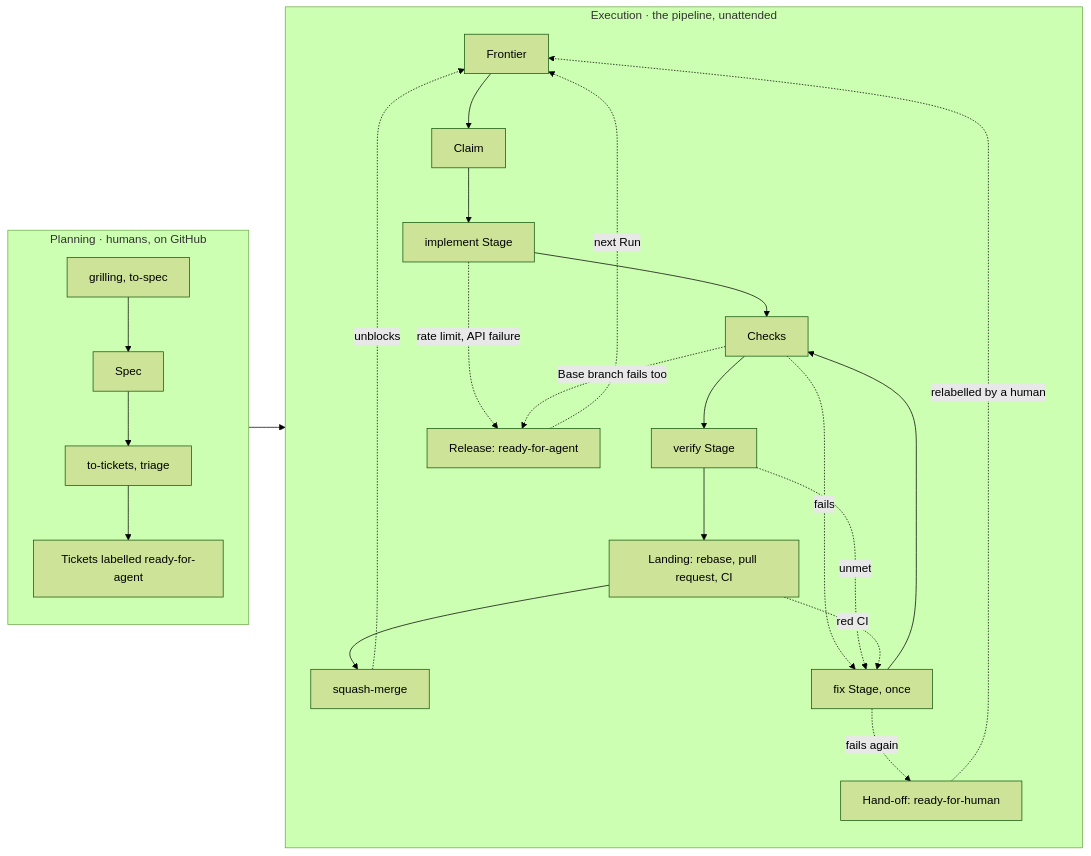
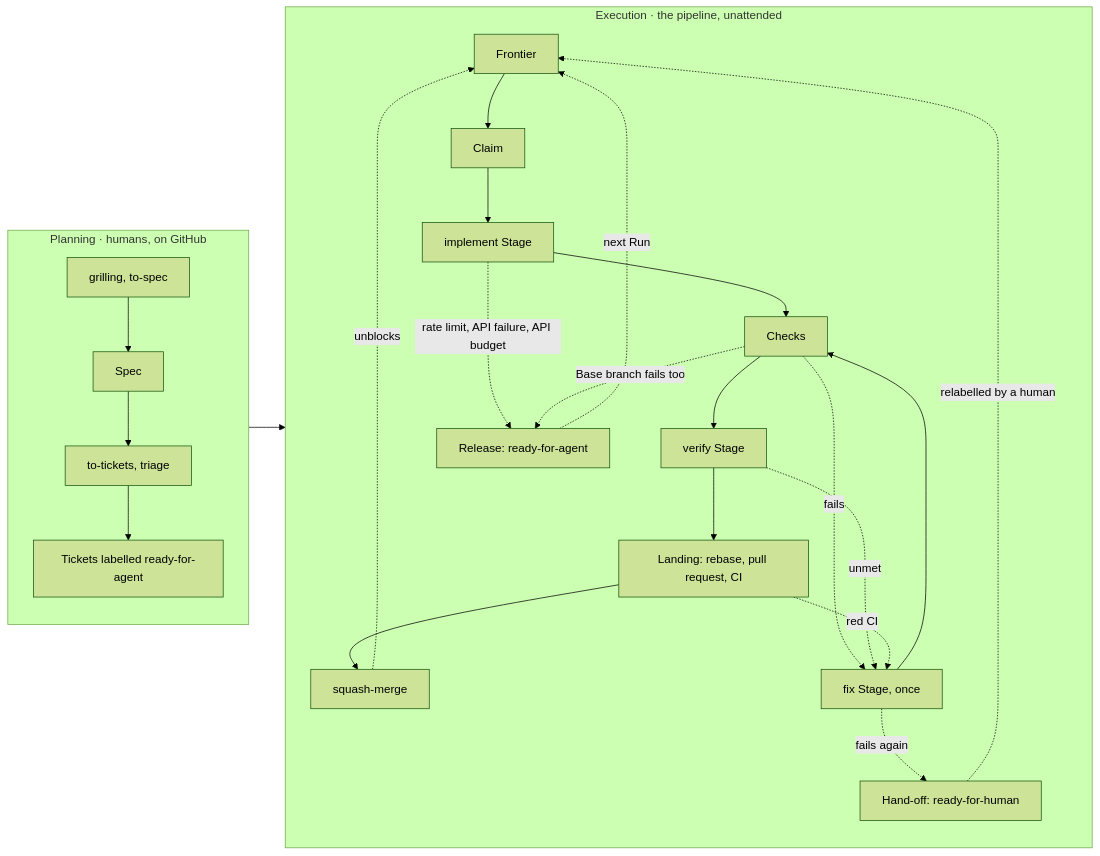
One commit to jjongs2/ticket-runner changed the diagram in wiki/index.md. Above: the diagram before and after it, drawn with Mermaid (forest theme). The commit also changed other lines of this file and 37 other files, not shown here.

````diff
--- a/wiki/index.md
+++ b/wiki/index.md
@@ -50,29 +50,29 @@
 ```mermaid
 flowchart LR
   subgraph Planning["Planning · humans, on GitHub"]
     direction TB
     G["grilling, to-spec"] --> S[Spec]
     S --> T["to-tickets, triage"]
     T --> R["Tickets labelled ready-for-agent"]
   end
   subgraph Execution["Execution · the pipeline, unattended"]
     direction TB
     F[Frontier] --> C[Claim]
     C --> I[implement Stage]
     I --> K[Checks]
     K --> V[verify Stage]
     V --> L["Landing: rebase, pull request, CI"]
     L --> M[squash-merge]
     K -. fails .-> X[fix Stage, once]
     V -. unmet .-> X
     L -. red CI .-> X
     X --> K
     X -. fails again .-> H["Hand-off: ready-for-human"]
-    I -. rate limit, API failure .-> RL["Release: ready-for-agent"]
+    I -. rate limit, API failure, API budget .-> RL["Release: ready-for-agent"]
     K -. Base branch fails too .-> RL
   end
   R --> F
   M -. unblocks .-> F
   H -. relabelled by a human .-> F
   RL -. next Run .-> F
 ```
````
